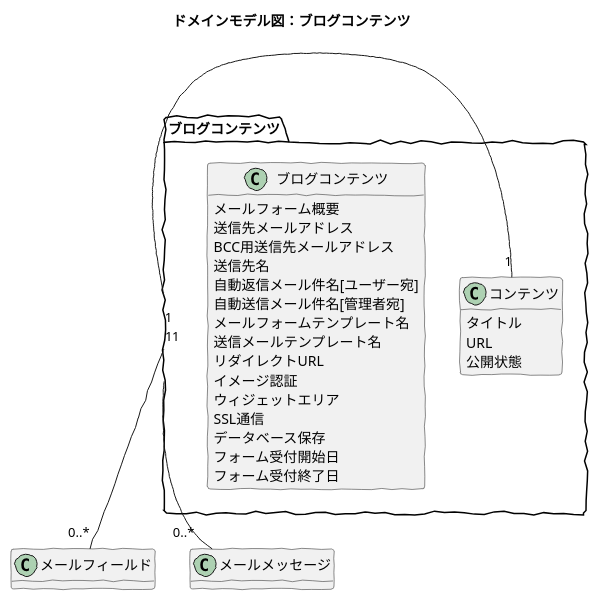
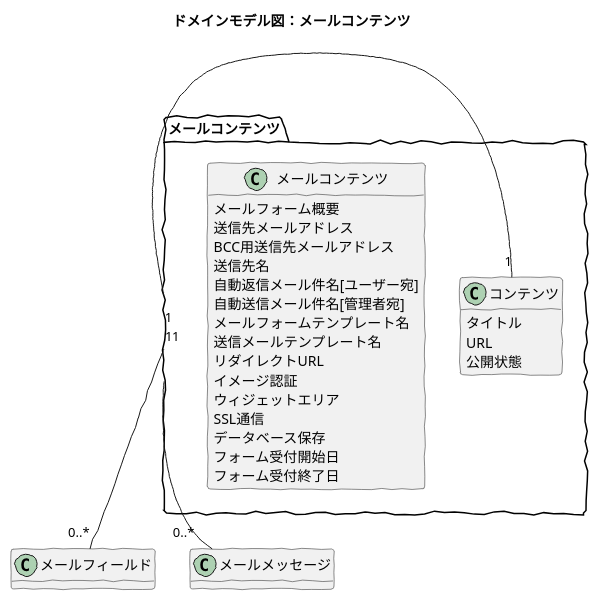
Before and after one commit to baserproject/baserproject.github.io: the diagram in src/puml/5/ucmitz/svg/domain_model/bc-mail/mail_contents.puml, drawn with PlantUML. The commit also changed 9 other files, not shown here.

```diff
--- a/src/puml/5/ucmitz/svg/domain_model/bc-mail/mail_contents.puml
+++ b/src/puml/5/ucmitz/svg/domain_model/bc-mail/mail_contents.puml
@@ -1,40 +1,40 @@
 @startuml
 skinparam handwritten true
 skinparam backgroundColor white
 hide method
 
-title ドメインモデル図：ブログコンテンツ
+title ドメインモデル図：メールコンテンツ
 
-package ブログコンテンツ {
+package メールコンテンツ {
 	
-	class ブログコンテンツ {
+	class メールコンテンツ {
 		メールフォーム概要
 		送信先メールアドレス
 		BCC用送信先メールアドレス
 		送信先名
 		自動返信メール件名[ユーザー宛]
 		自動送信メール件名[管理者宛]
 		メールフォームテンプレート名
 		送信メールテンプレート名
 		リダイレクトURL
 		イメージ認証
 		ウィジェットエリア
 		SSL通信
 		データベース保存
 		フォーム受付開始日
 		フォーム受付終了日
 	}
 	
 	class コンテンツ {
 		タイトル
 		URL
 		公開状態
 	}
 
 }
 
-ブログコンテンツ "1" - "1" コンテンツ 
-ブログコンテンツ "1" -down- "0..*" メールフィールド
-ブログコンテンツ "1" -down- "0..*" メールメッセージ
+メールコンテンツ "1" - "1" コンテンツ 
+メールコンテンツ "1" -down- "0..*" メールフィールド
+メールコンテンツ "1" -down- "0..*" メールメッセージ
 
 @enduml
```
